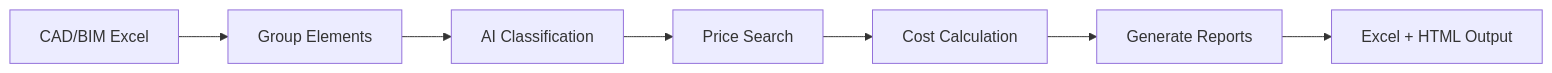
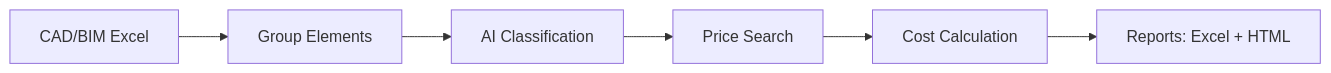
Before and after one commit to ehtick/cad2data-Revit-IFC-DWG-DGN-pipeline-with-conversion-validation-qto: the fifth of 7 diagrams in README.md, drawn with Mermaid. The commit also changed other lines of this file, not shown here.

````diff
--- a/README.md
+++ b/README.md
@@ -349,9 +326,8 @@
 ```mermaid
 graph LR;
     A[CAD/BIM Excel] --> B[Group Elements];
     B --> C[AI Classification];
     C --> D[Price Search];
     D --> E[Cost Calculation];
-    E --> F[Generate Reports];
-    F --> G[Excel + HTML Output];
+    E --> F[Reports: Excel + HTML];
 ```
````
